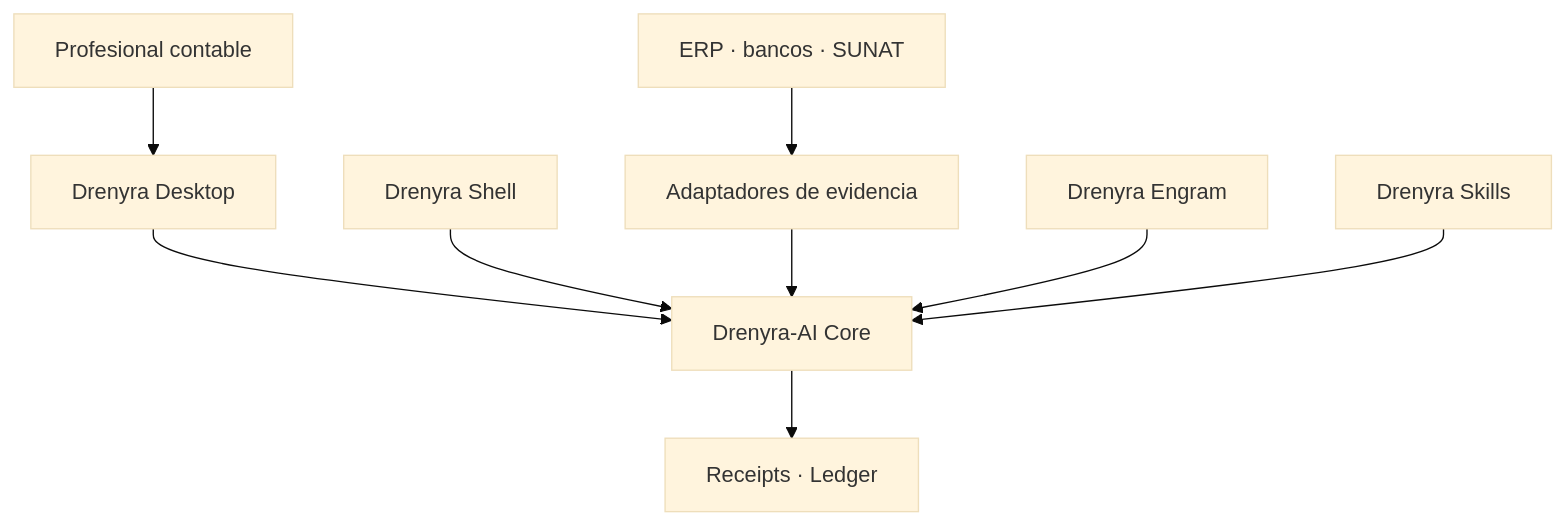
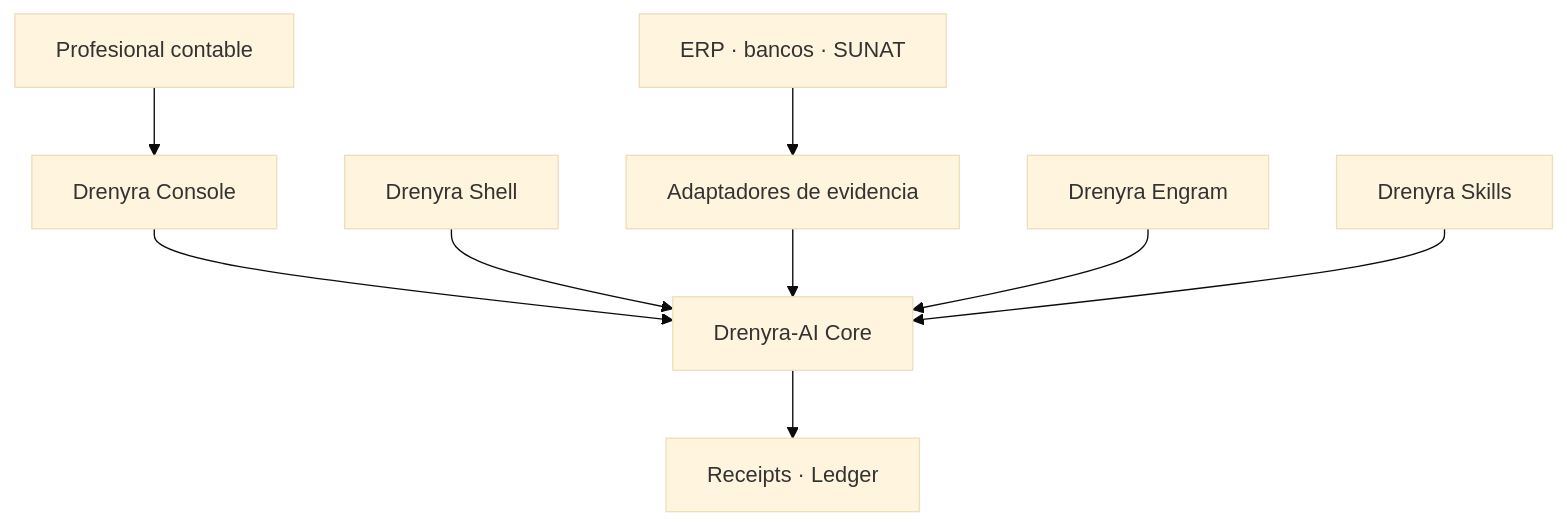
Before and after one commit to arkelythex/drenyra-command-center: the diagram in docs/architecture/ecosystem-boundaries.md, drawn with Mermaid (base theme). The commit also changed other lines of this file and 154 other files, not shown here.

First line of the commit message:
refactor(console): rename Drenyra Desktop to Drenyra Console

````diff
--- a/docs/architecture/ecosystem-boundaries.md
+++ b/docs/architecture/ecosystem-boundaries.md
@@ -47,11 +47,11 @@
 ```mermaid
 flowchart TD
-    P["Profesional contable"] --> D["Drenyra Desktop"]
+    P["Profesional contable"] --> D["Drenyra Console"]
     D --> AI["Drenyra-AI Core"]
     PI["Drenyra Shell"] --> AI
     ERP["ERP · bancos · SUNAT"] --> AD["Adaptadores de evidencia"]
     AD --> AI
     EN["Drenyra Engram"] --> AI
     SK["Drenyra Skills"] --> AI
     AI --> RC["Receipts · Ledger"]
 ```
````
